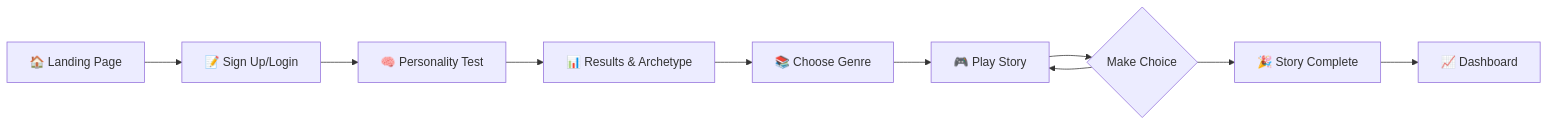
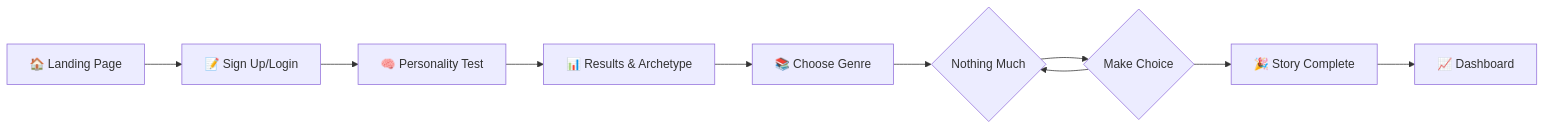
Before and after one commit to sagarjain03/And_then: the diagram in README.md, drawn with Mermaid.

Commit message:
Yogesh_branch_2

````diff
--- a/README.md
+++ b/README.md
@@ -102,12 +102,12 @@
 ```mermaid
 graph LR
     A[🏠 Landing Page] --> B[📝 Sign Up/Login]
     B --> C[🧠 Personality Test]
     C --> D[📊 Results & Archetype]
     D --> E[📚 Choose Genre]
     E --> F[🎮 Play Story]
     F --> G{Make Choice}
-    G --> F
+    G --> F{Nothing Much}
     G --> H[🎉 Story Complete]
     H --> I[📈 Dashboard]
 ```
````
